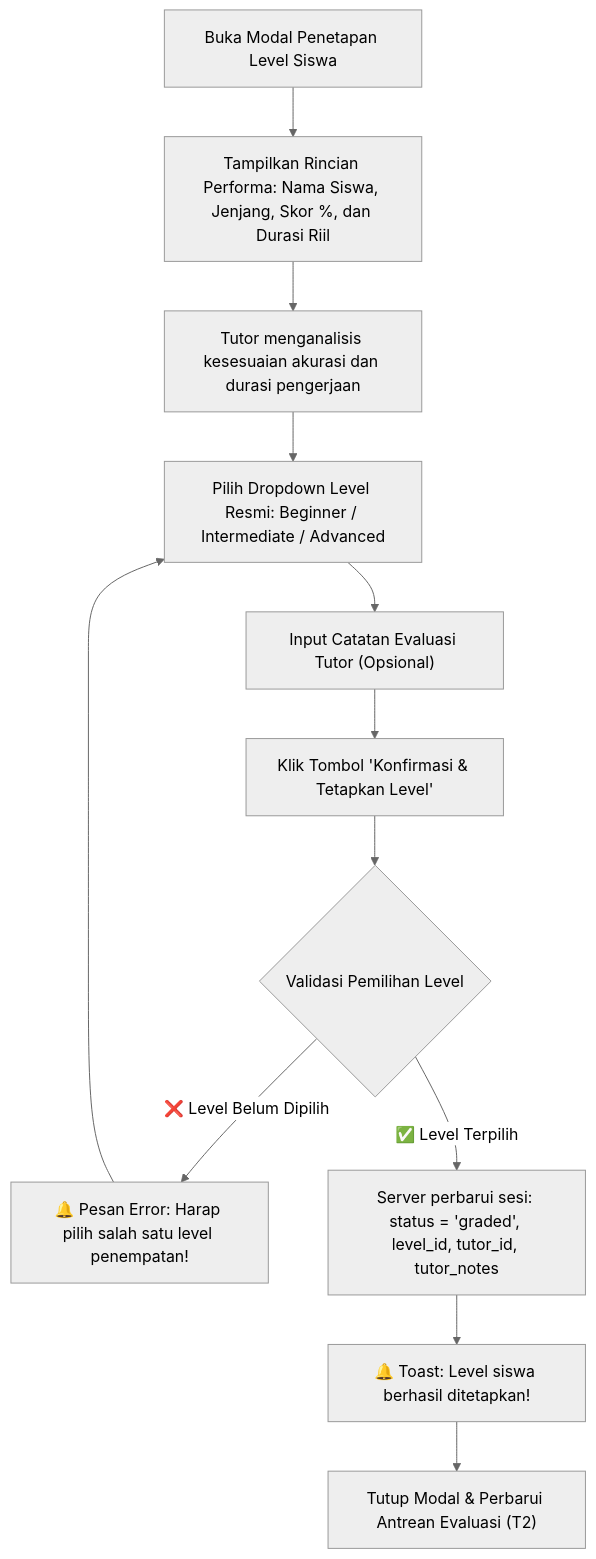
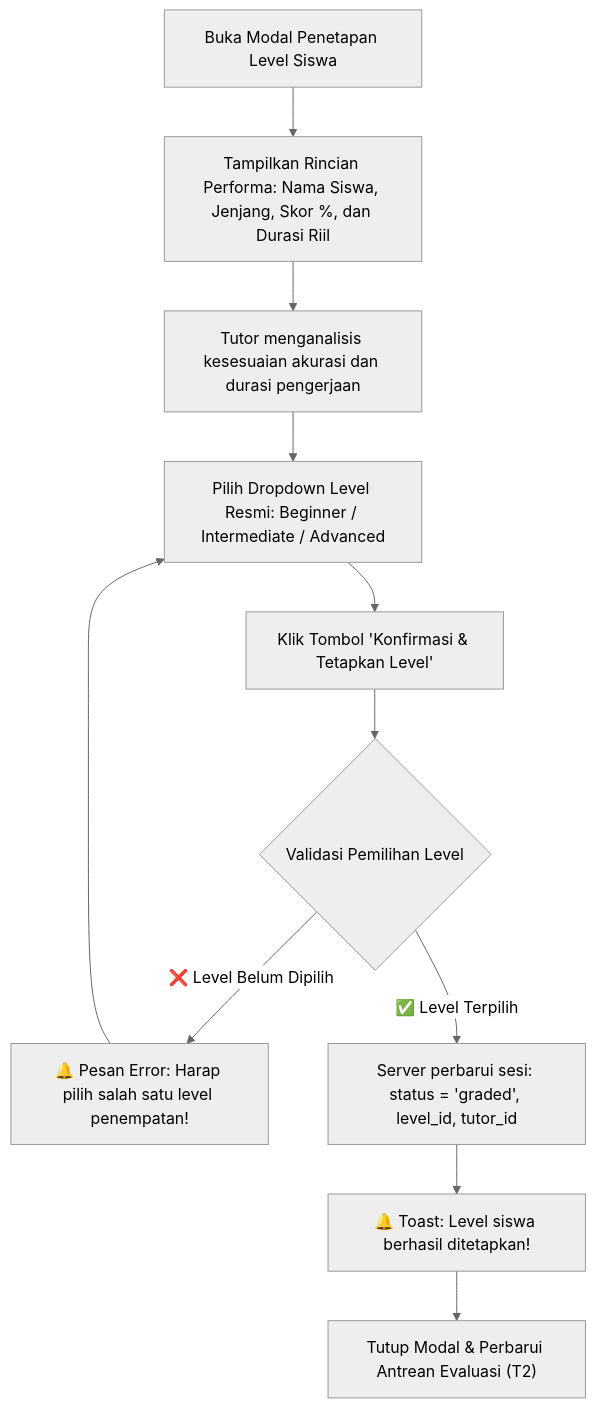
Diagram 12 of 13 in UI_FLOW.md (septianof/up-speaking), drawn with Mermaid (neutral theme) before and after one commit. The commit also changed other lines of this file and 5 other files, not shown here.

Commit message:
feat(db): buat skema tabel profiles dan perbarui status sesi untuk tutor

````diff
--- a/UI_FLOW.md
+++ b/UI_FLOW.md
@@ -458,17 +458,16 @@
 ```mermaid
 flowchart TD
     A["Buka Modal Penetapan Level Siswa"] --> B["Tampilkan Rincian Performa: Nama Siswa, Jenjang, Skor %, dan Durasi Riil"]
     B --> C["Tutor menganalisis kesesuaian akurasi dan durasi pengerjaan"]
 
     C --> D["Pilih Dropdown Level Resmi: Beginner / Intermediate / Advanced"]
-    D --> E["Input Catatan Evaluasi Tutor (Opsional)"]
-    E --> F["Klik Tombol 'Konfirmasi & Tetapkan Level'"]
+    D --> F["Klik Tombol 'Konfirmasi & Tetapkan Level'"]
 
     F --> G{"Validasi Pemilihan Level"}
     G -->|❌ Level Belum Dipilih| H["🔔 Pesan Error: Harap pilih salah satu level penempatan!"]
     H --> D
 
-    G -->|✅ Level Terpilih| I["Server perbarui sesi: status = 'graded', level_id, tutor_id, tutor_notes"]
+    G -->|✅ Level Terpilih| I["Server perbarui sesi: status = 'graded', level_id, tutor_id"]
     I --> J["🔔 Toast: Level siswa berhasil ditetapkan!"]
     J --> K["Tutup Modal & Perbarui Antrean Evaluasi (T2)"]
 ```
````
